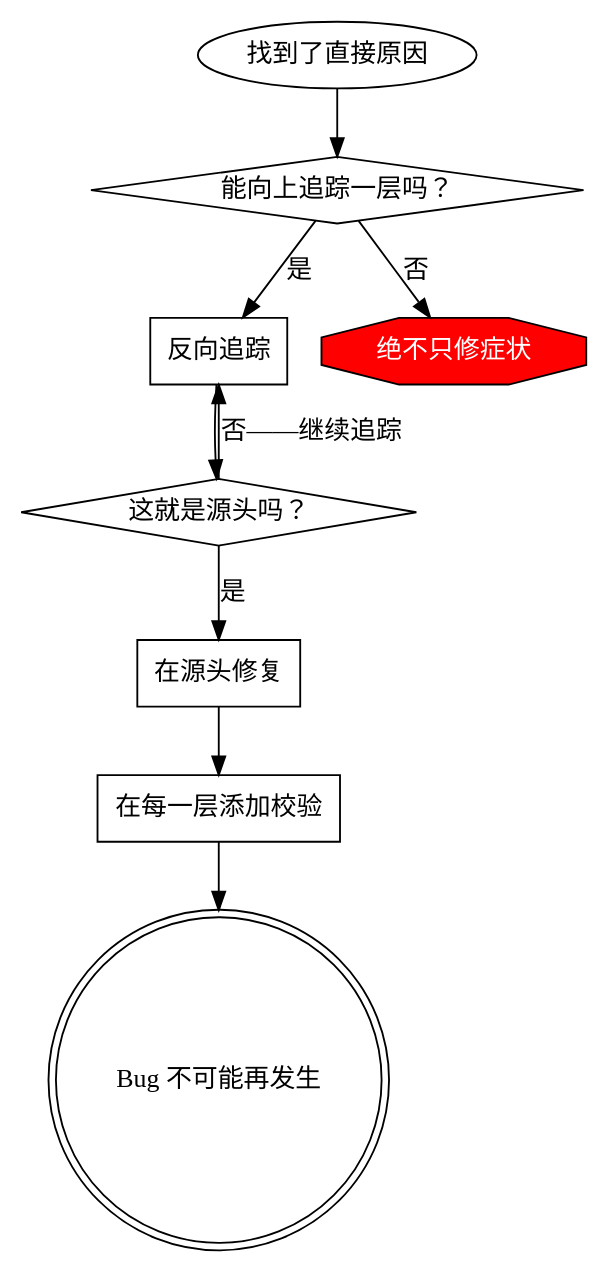
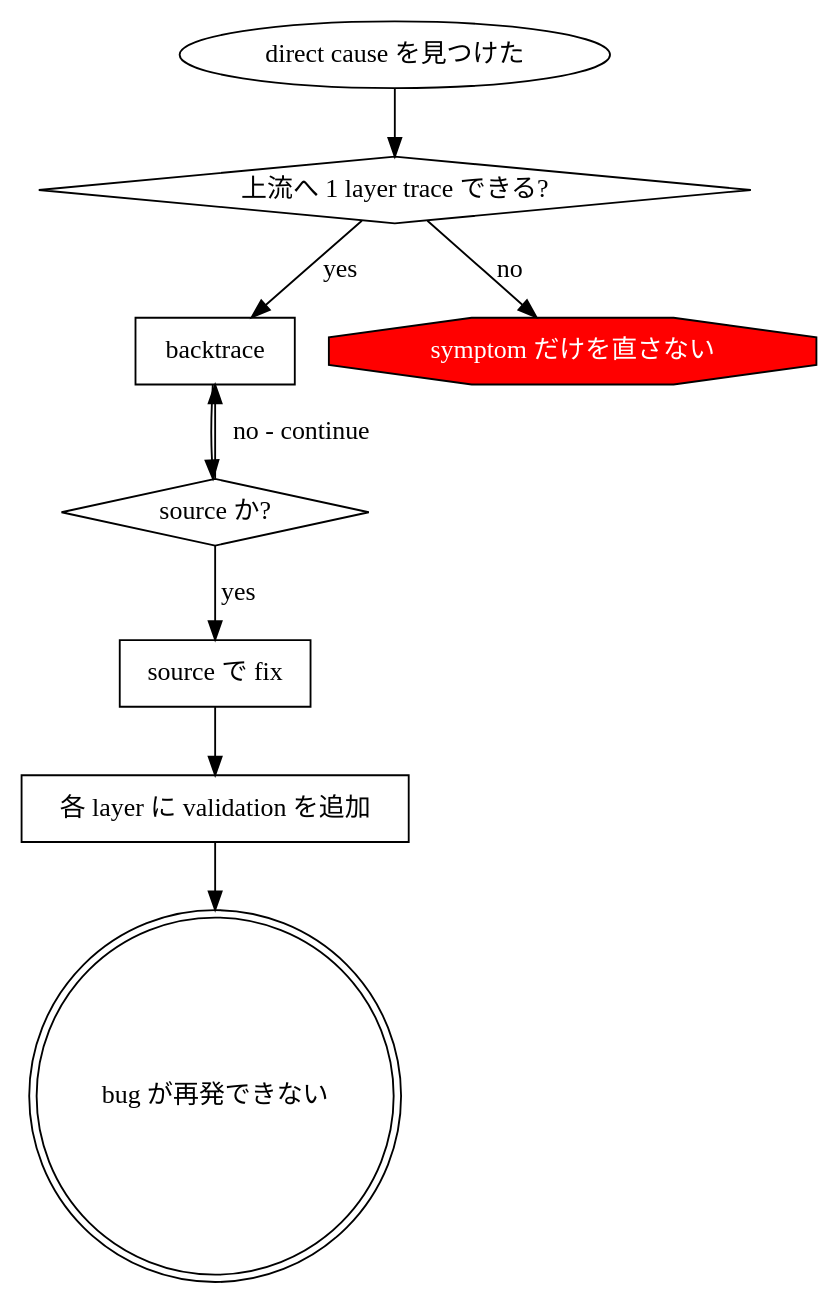
Before and after one commit to sscodeai/superpowers-ja: the second of 2 diagrams in skills/systematic-debugging/root-cause-tracing.md, drawn with Graphviz. The commit also changed other lines of this file and 5 other files, not shown here.

````diff
--- a/skills/systematic-debugging/root-cause-tracing.md
+++ b/skills/systematic-debugging/root-cause-tracing.md
@@ -132,21 +145,21 @@
 ```dot
 digraph principle {
-    "找到了直接原因" [shape=ellipse];
-    "能向上追踪一层吗？" [shape=diamond];
-    "反向追踪" [shape=box];
-    "这就是源头吗？" [shape=diamond];
-    "在源头修复" [shape=box];
-    "在每一层添加校验" [shape=box];
-    "Bug 不可能再发生" [shape=doublecircle];
-    "绝不只修症状" [shape=octagon, style=filled, fillcolor=red, fontcolor=white];
+    "direct cause を見つけた" [shape=ellipse];
+    "上流へ 1 layer trace できる?" [shape=diamond];
+    "backtrace" [shape=box];
+    "source か?" [shape=diamond];
+    "source で fix" [shape=box];
+    "各 layer に validation を追加" [shape=box];
+    "bug が再発できない" [shape=doublecircle];
+    "symptom だけを直さない" [shape=octagon, style=filled, fillcolor=red, fontcolor=white];
 
-    "找到了直接原因" -> "能向上追踪一层吗？";
-    "能向上追踪一层吗？" -> "反向追踪" [label="是"];
-    "能向上追踪一层吗？" -> "绝不只修症状" [label="否"];
-    "反向追踪" -> "这就是源头吗？";
-    "这就是源头吗？" -> "反向追踪" [label="否——继续追踪"];
-    "这就是源头吗？" -> "在源头修复" [label="是"];
-    "在源头修复" -> "在每一层添加校验";
-    "在每一层添加校验" -> "Bug 不可能再发生";
+    "direct cause を見つけた" -> "上流へ 1 layer trace できる?";
+    "上流へ 1 layer trace できる?" -> "backtrace" [label="yes"];
+    "上流へ 1 layer trace できる?" -> "symptom だけを直さない" [label="no"];
+    "backtrace" -> "source か?";
+    "source か?" -> "backtrace" [label="no - continue"];
+    "source か?" -> "source で fix" [label="yes"];
+    "source で fix" -> "各 layer に validation を追加";
+    "各 layer に validation を追加" -> "bug が再発できない";
 }
 ```
````
